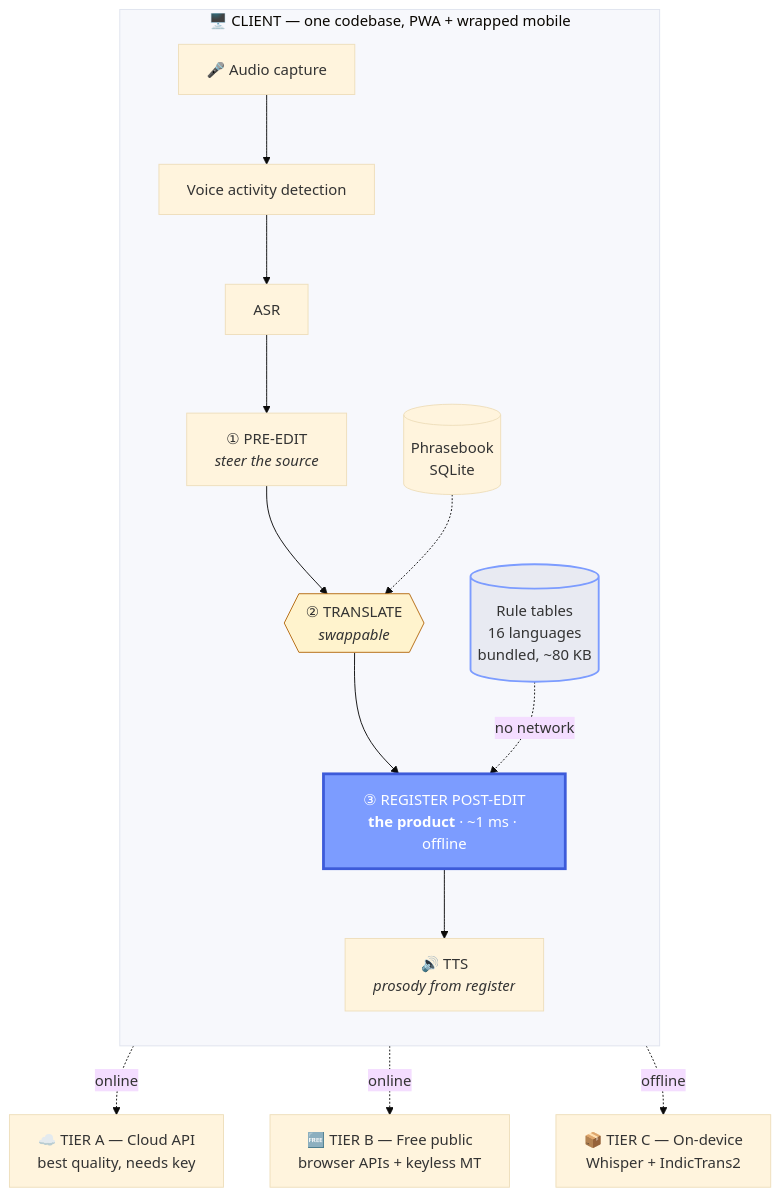
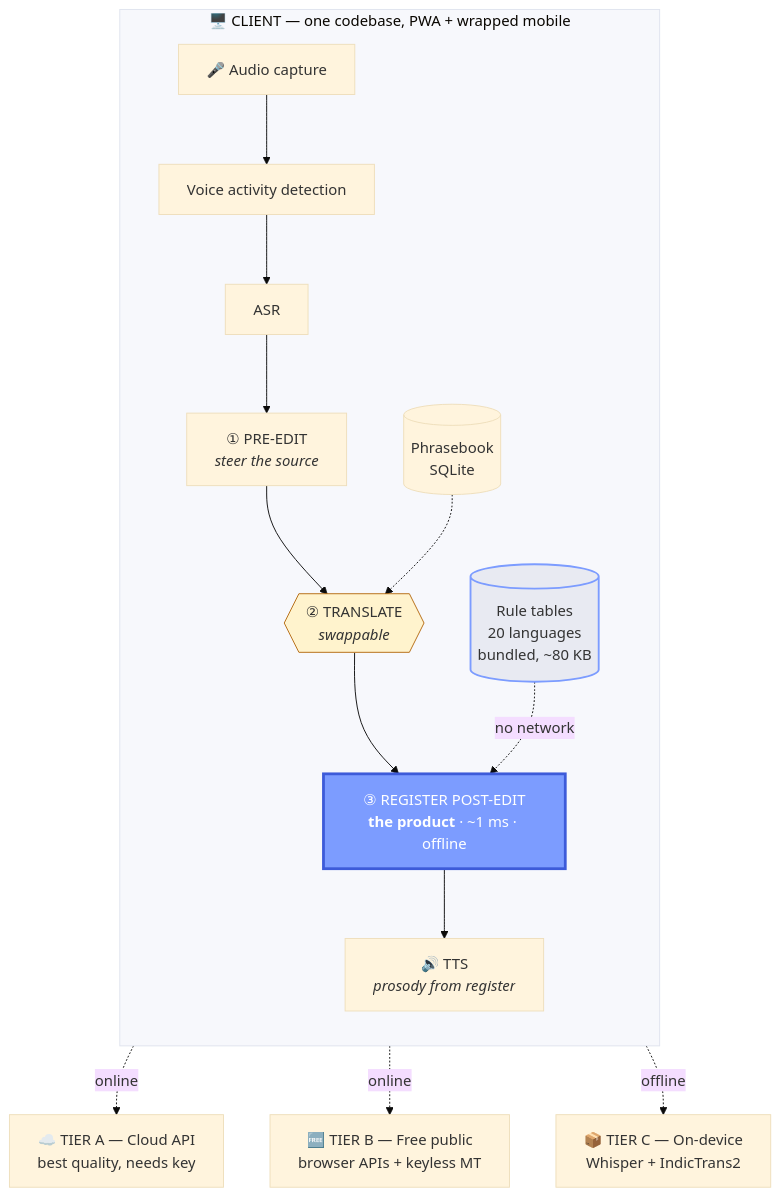
Before and after one commit to ardhendudebnath/register-aware-translation: the first of 3 diagrams in README.md, drawn with Mermaid (base theme). The commit also changed other lines of this file and 8 other files, not shown here.

````diff
--- a/README.md
+++ b/README.md
@@ -60,23 +60,23 @@
 ```mermaid
 flowchart TB
     subgraph CLIENT["🖥️  CLIENT — one codebase, PWA + wrapped mobile"]
         direction TB
         MIC["🎤 Audio capture"] --> VAD["Voice activity detection"]
         VAD --> ASR["ASR"]
         ASR --> PRE["① PRE-EDIT<br/><i>steer the source</i>"]
         PRE --> MT{{"② TRANSLATE<br/><i>swappable</i>"}}
         MT --> POST["③ REGISTER POST-EDIT<br/><b>the product</b> · ~1 ms · offline"]
         POST --> TTS["🔊 TTS<br/><i>prosody from register</i>"]
-        TABLES[("Rule tables<br/>16 languages<br/>bundled, ~80 KB")] -.->|"no network"| POST
+        TABLES[("Rule tables<br/>20 languages<br/>bundled, ~80 KB")] -.->|"no network"| POST
         CACHE[("Phrasebook<br/>SQLite")] -.-> MT
     end
 
     MT -.->|online| TIERA["☁️ TIER A — Cloud API<br/>best quality, needs key"]
     MT -.->|online| TIERB["🆓 TIER B — Free public<br/>browser APIs + keyless MT"]
     MT -.->|offline| TIERC["📦 TIER C — On-device<br/>Whisper + IndicTrans2"]
 
     style POST fill:#7c9cff,stroke:#3d5bd9,stroke-width:3px,color:#fff
     style TABLES fill:#e8eaf2,stroke:#7c9cff,stroke-width:2px
     style MT fill:#fff3cd,stroke:#b4690e
     style CLIENT fill:#f7f8fc,stroke:#dfe3ee
 ```
````
